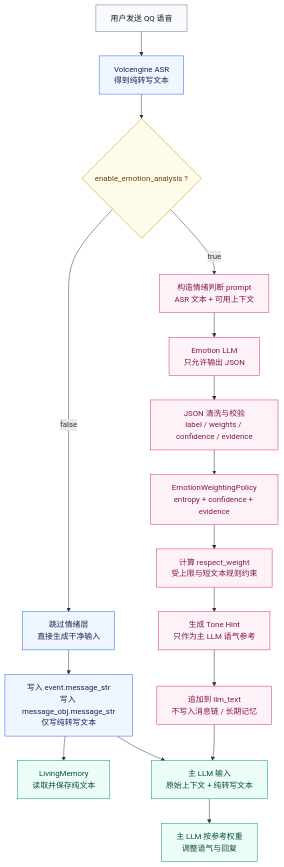
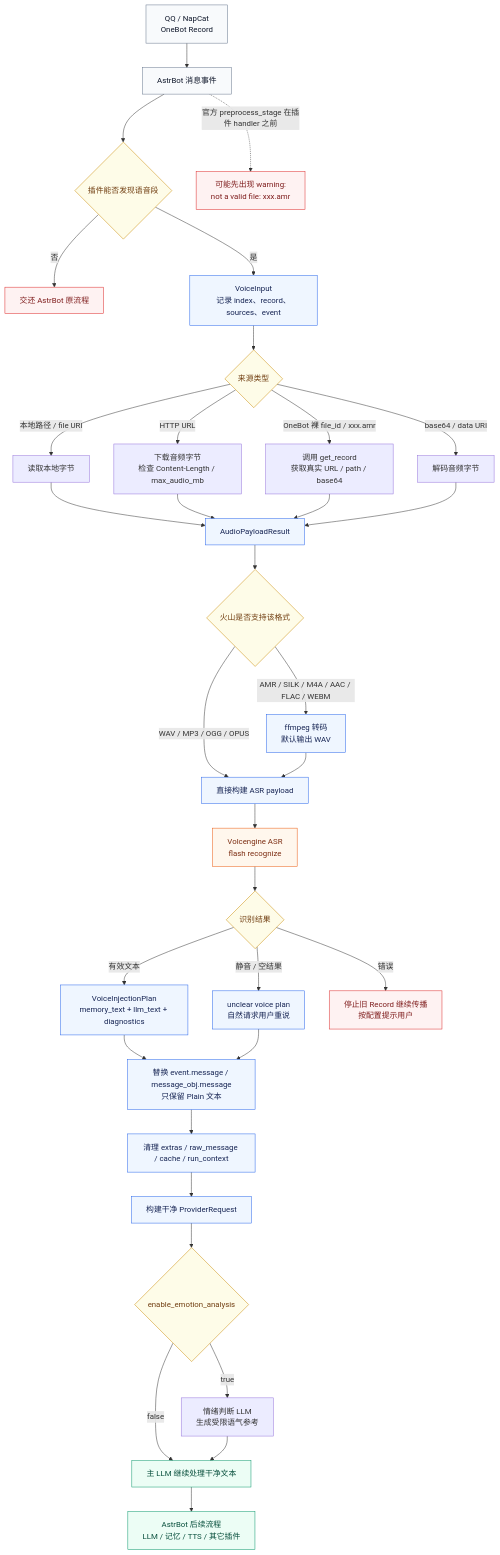
One commit to Ayleovelle/astrbot_plugin_volcengine_asr changed the first of 2 diagrams in README.md. Above: the diagram before and after it, drawn with Mermaid. The commit also changed other lines of this file and 7 other files, not shown here.

````diff
--- a/README.md
+++ b/README.md
@@ -329,34 +228,54 @@
 ```mermaid
 flowchart TB
   classDef input fill:#f8fafc,stroke:#64748b,color:#0f172a
-  classDef core fill:#eff6ff,stroke:#2563eb,color:#172554
-  classDef emotion fill:#fdf2f8,stroke:#db2777,color:#831843
+  classDef plugin fill:#eff6ff,stroke:#2563eb,color:#172554
   classDef guard fill:#fefce8,stroke:#ca8a04,color:#713f12
+  classDef external fill:#fff7ed,stroke:#ea580c,color:#7c2d12
   classDef output fill:#ecfdf5,stroke:#059669,color:#064e3b
+  classDef risk fill:#fef2f2,stroke:#dc2626,color:#7f1d1d
 
-  A["用户发送 QQ 语音"] --> B["Volcengine ASR<br/>得到纯转写文本"]
-  B --> C{"enable_emotion_analysis ?"}
+  A["QQ / NapCat<br/>OneBot Record"] --> B["AstrBot 消息事件"]
+  B --> C{"插件能否发现语音段"}
+  C -- "否" --> R1["交还 AstrBot 原流程"]
+  C -- "是" --> D["VoiceInput<br/>记录 index、record、sources、event"]
+  D --> E{"来源类型"}
+  E -- "本地路径 / file URI" --> F["读取本地字节"]
+  E -- "HTTP URL" --> G["下载音频字节<br/>检查 Content-Length / max_audio_mb"]
+  E -- "OneBot 裸 file_id / xxx.amr" --> H["调用 get_record<br/>获取真实 URL / path / base64"]
+  E -- "base64 / data URI" --> I["解码音频字节"]
 
-  C -- "false" --> D["跳过情绪层<br/>直接生成干净输入"]
+  F --> J["AudioPayloadResult"]
+  G --> J
+  H --> J
+  I --> J
 
-  C -- "true" --> E["构造情绪判断 prompt<br/>ASR 文本 + 可用上下文"]
-  E --> F["Emotion LLM<br/>只允许输出 JSON"]
-  F --> G["JSON 清洗与校验<br/>label / weights / confidence / evidence"]
-  G --> H["EmotionWeightingPolicy<br/>entropy + confidence + evidence"]
-  H --> I["计算 respect_weight<br/>受上限与短文本规则约束"]
-  I --> J["生成 Tone Hint<br/>只作为主 LLM 语气参考"]
+  J --> K{"火山是否支持该格式"}
+  K -- "WAV / MP3 / OGG / OPUS" --> L["直接构建 ASR payload"]
+  K -- "AMR / SILK / M4A / AAC / FLAC / WEBM" --> M["ffmpeg 转码<br/>默认输出 WAV"]
+  M --> L
 
-  D --> K["写入 event.message_str<br/>写入 message_obj.message_str<br/>仅写纯转写文本"]
-  J --> L["追加到 llm_text<br/>不写入消息链 / 长期记忆"]
+  L --> N["Volcengine ASR<br/>flash recognize"]
+  N --> O{"识别结果"}
+  O -- "有效文本" --> P["VoiceInjectionPlan<br/>memory_text + llm_text + diagnostics"]
+  O -- "静音 / 空结果" --> Q["unclear voice plan<br/>自然请求用户重说"]
+  O -- "错误" --> R2["停止旧 Record 继续传播<br/>按配置提示用户"]
 
-  K --> M["LivingMemory<br/>读取并保存纯文本"]
-  K --> N["主 LLM 输入<br/>原始上下文 + 纯转写文本"]
-  L --> N
-  N --> O["主 LLM 按参考权重<br/>调整语气与回复"]
+  P --> S["替换 event.message / message_obj.message<br/>只保留 Plain 文本"]
+  Q --> S
+  S --> T["清理 extras / raw_message / cache / run_context"]
+  T --> U["构建干净 ProviderRequest"]
+  U --> V{"enable_emotion_analysis"}
+  V -- "false" --> W["主 LLM 继续处理干净文本"]
+  V -- "true" --> X["情绪判断 LLM<br/>生成受限语气参考"]
+  X --> W
+  W --> Y["AstrBot 后续流程<br/>LLM / 记忆 / TTS / 其它插件"]
 
-  class A input
-  class B,D,K core
-  class C guard
-  class E,F,G,H,I,J,L emotion
-  class M,N,O output
+  B -. "官方 preprocess_stage 在插件 handler 之前" .-> R3["可能先出现 warning:<br/>not a valid file: xxx.amr"]
+
+  class A,B input
+  class D,J,L,M,P,Q,S,T,U plugin
+  class C,E,K,O,V guard
+  class N external
+  class W,Y output
+  class R1,R2,R3 risk
 ```
````
